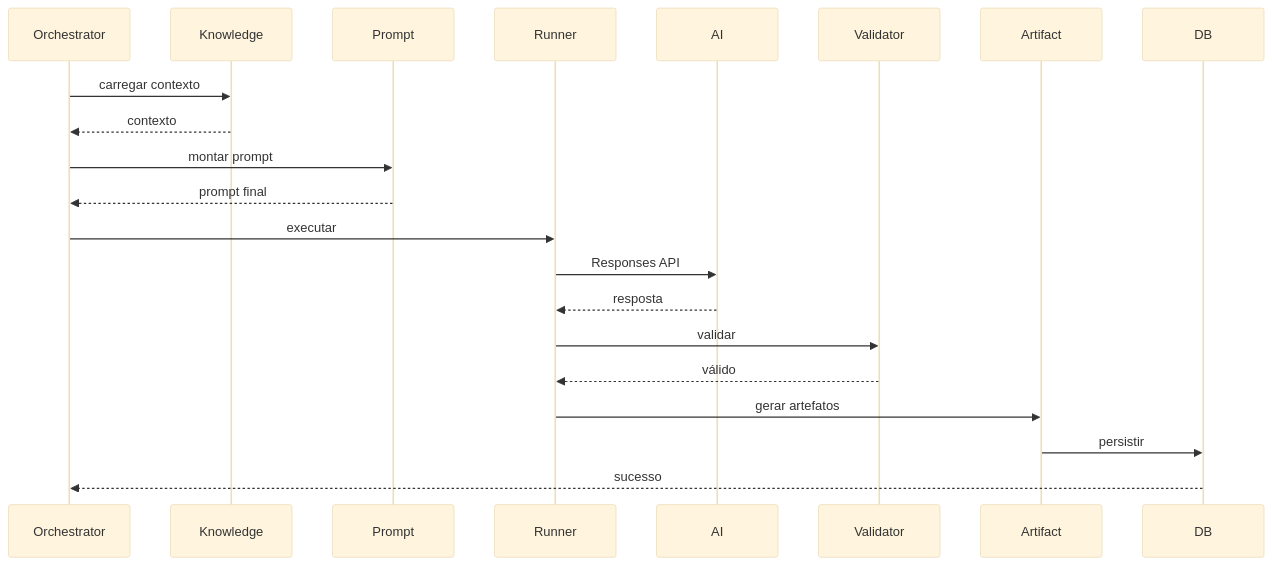
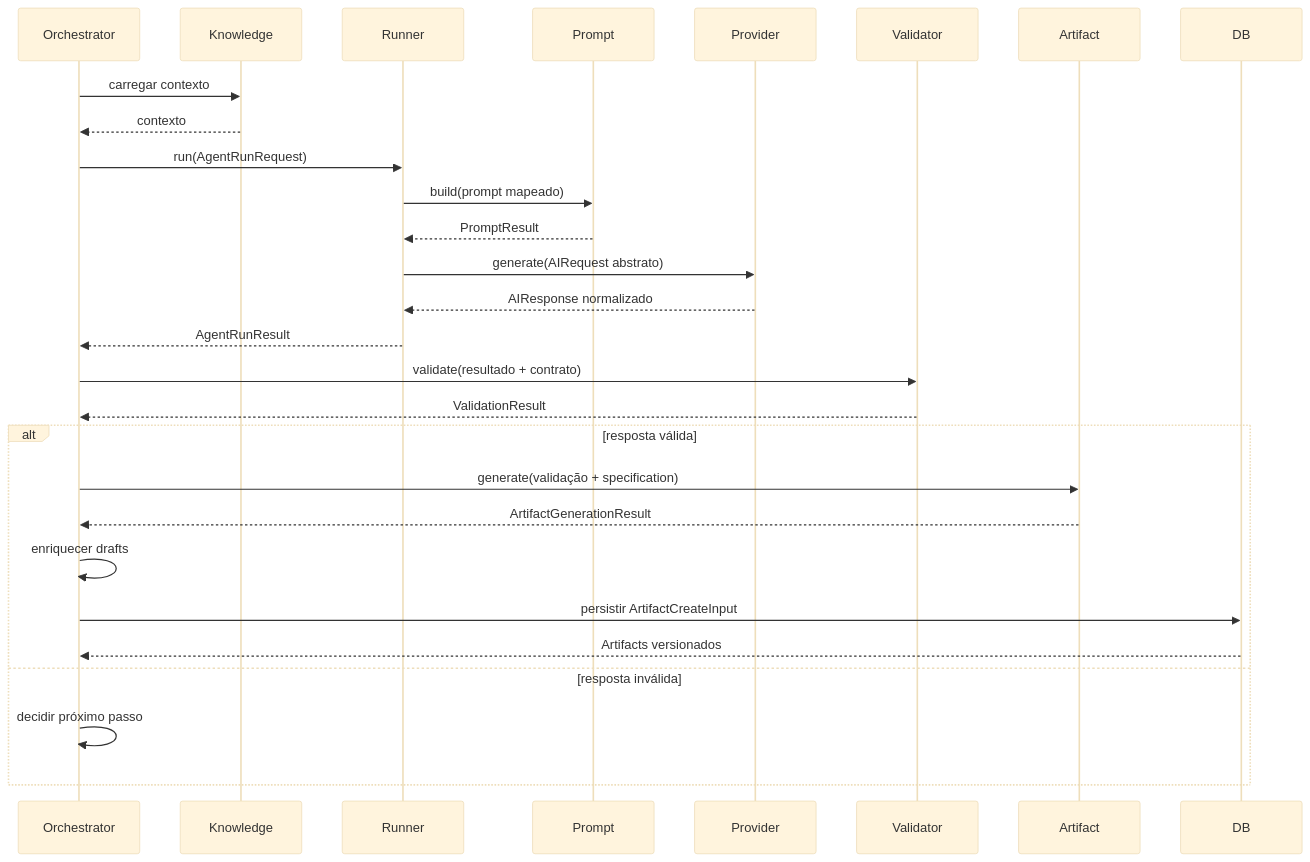
One commit to felipet66/brq-ai-factory changed the fourth of 11 diagrams in knowledge/25-SEQUENCE_DIAGRAMS.md. Above: the diagram before and after it, drawn with Mermaid (base theme). The commit also changed other lines of this file and 55 other files, not shown here.

````diff
--- a/knowledge/25-SEQUENCE_DIAGRAMS.md
+++ b/knowledge/25-SEQUENCE_DIAGRAMS.md
@@ -100,43 +102,49 @@
 ```mermaid
 sequenceDiagram
 
 participant Orchestrator
 
 participant Knowledge
 
+participant Runner
+
 participant Prompt
 
-participant Runner
-
-participant AI
+participant Provider
 
 participant Validator
 
 participant Artifact
 
 participant DB
 
 Orchestrator->>Knowledge: carregar contexto
 
 Knowledge-->>Orchestrator: contexto
 
-Orchestrator->>Prompt: montar prompt
+Orchestrator->>Runner: run(AgentRunRequest)
 
-Prompt-->>Orchestrator: prompt final
+Runner->>Prompt: build(prompt mapeado)
 
-Orchestrator->>Runner: executar
+Prompt-->>Runner: PromptResult
 
-Runner->>AI: Responses API
+Runner->>Provider: generate(AIRequest abstrato)
 
-AI-->>Runner: resposta
+Provider-->>Runner: AIResponse normalizado
 
-Runner->>Validator: validar
+Runner-->>Orchestrator: AgentRunResult
 
-Validator-->>Runner: válido
+Orchestrator->>Validator: validate(resultado + contrato)
 
-Runner->>Artifact: gerar artefatos
+Validator-->>Orchestrator: ValidationResult
 
-Artifact->>DB: persistir
-
-DB-->>Orchestrator: sucesso
+alt resposta válida
+    Orchestrator->>Artifact: generate(validação + specification)
+    Artifact-->>Orchestrator: ArtifactGenerationResult
+    Orchestrator->>Orchestrator: enriquecer drafts
+    Orchestrator->>DB: persistir ArtifactCreateInput
+    DB-->>Orchestrator: Artifacts versionados
+else resposta inválida
+    Orchestrator->>Orchestrator: decidir próximo passo
+end
 ```
````
